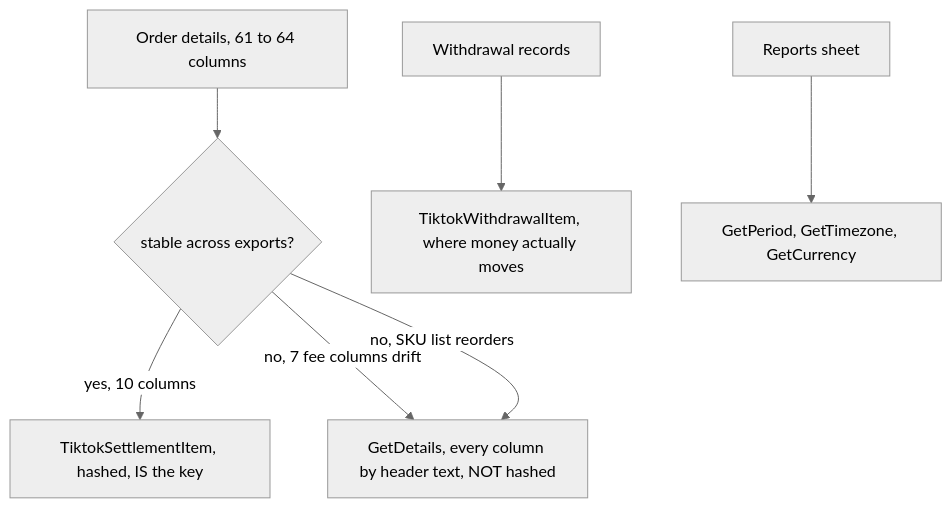
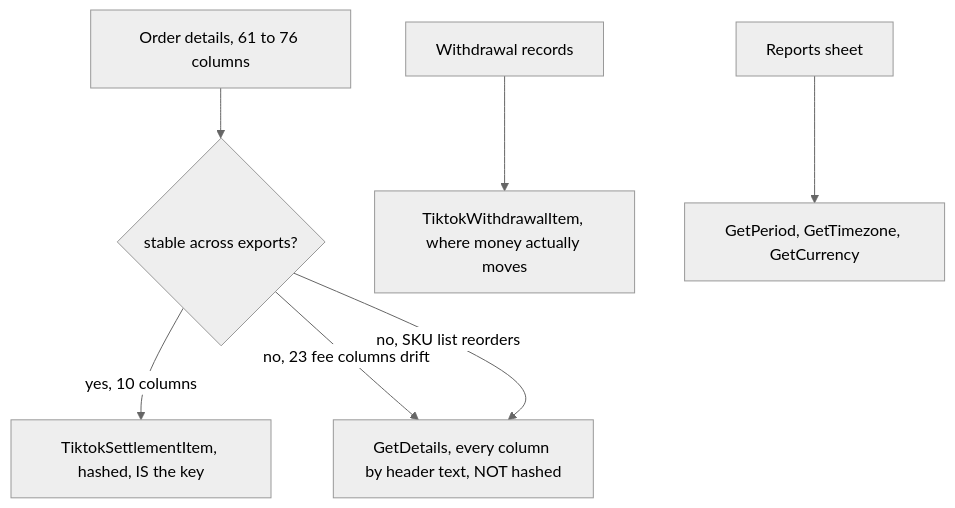
The second of 6 diagrams in docs/technical/packages/excel_readers/context_clarify.md (pdcgo/warehouse_revamp), drawn with Mermaid (neutral theme) before and after one commit. The commit also changed other lines of this file and 4 other files, not shown here.

````diff
--- a/docs/technical/packages/excel_readers/context_clarify.md
+++ b/docs/technical/packages/excel_readers/context_clarify.md
@@ -121,9 +121,9 @@
 ```mermaid
 flowchart TB
-  F["Order details, 61 to 64 columns"] --> S{"stable across exports?"}
+  F["Order details, 61 to 76 columns"] --> S{"stable across exports?"}
   S -->|"yes, 10 columns"| I["TiktokSettlementItem, hashed, IS the key"]
-  S -->|"no, 7 fee columns drift"| D["GetDetails, every column by header text, NOT hashed"]
+  S -->|"no, 23 fee columns drift"| D["GetDetails, every column by header text, NOT hashed"]
   S -->|"no, SKU list reorders"| D
   W["Withdrawal records"] --> WI["TiktokWithdrawalItem, where money actually moves"]
   R["Reports sheet"] --> M["GetPeriod, GetTimezone, GetCurrency"]
 ```
````
